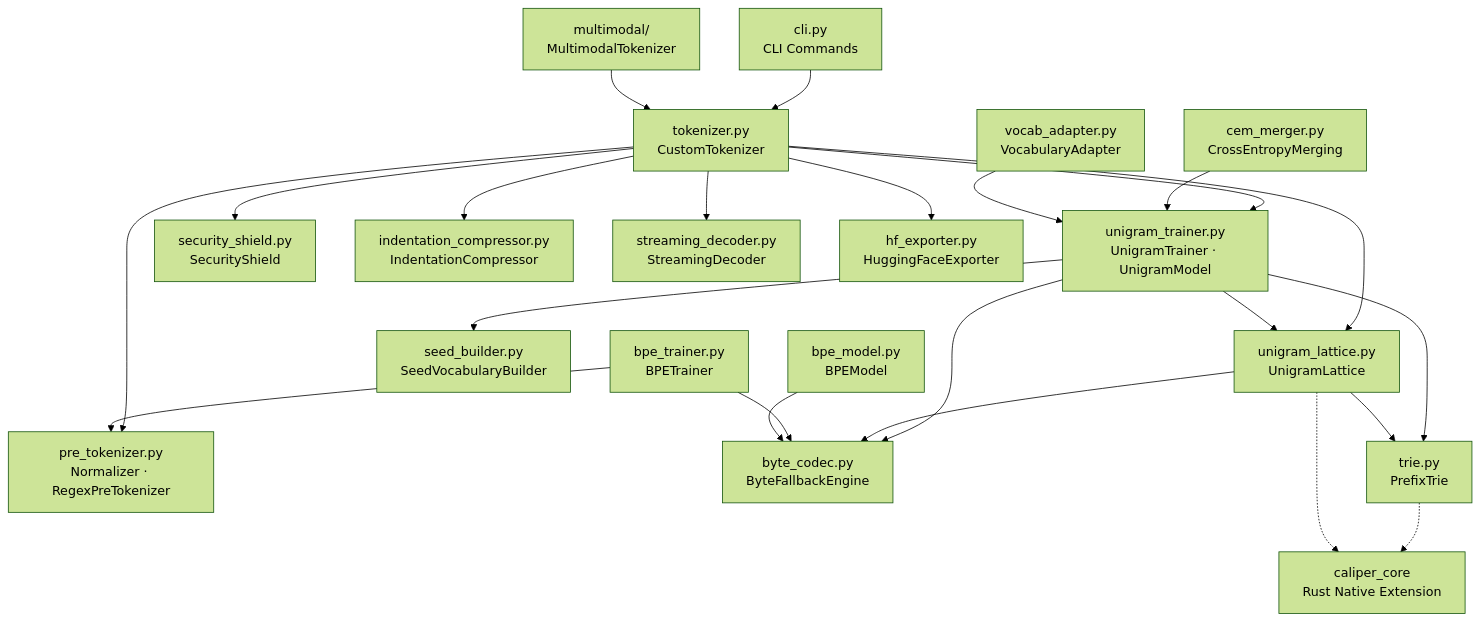
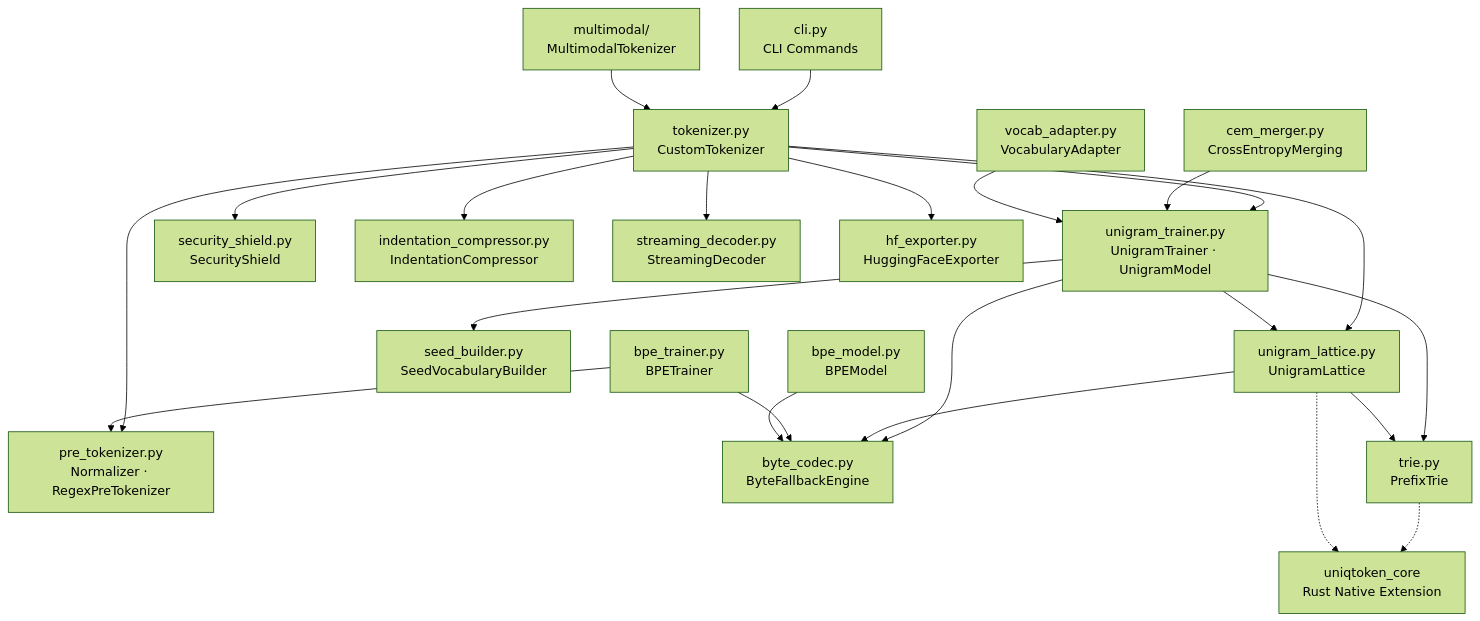
The second of 2 diagrams in README.md (DeshikReddy01/UniqToken), drawn with Mermaid (forest theme) before and after one commit. The commit also changed other lines of this file and 26 other files, not shown here.

Commit message:
feat: rename project, native rust crate, and CLI from Caliper to UniqToken

````diff
--- a/README.md
+++ b/README.md
@@ -386,29 +386,29 @@
 ```mermaid
 graph TD
     CLI["cli.py<br/>CLI Commands"] --> T["tokenizer.py<br/>CustomTokenizer"]
     T --> N["pre_tokenizer.py<br/>Normalizer · RegexPreTokenizer"]
     T --> UL["unigram_lattice.py<br/>UnigramLattice"]
     T --> UT["unigram_trainer.py<br/>UnigramTrainer · UnigramModel"]
     T --> SS["security_shield.py<br/>SecurityShield"]
     T --> IC["indentation_compressor.py<br/>IndentationCompressor"]
     T --> SD["streaming_decoder.py<br/>StreamingDecoder"]
     T --> HF["hf_exporter.py<br/>HuggingFaceExporter"]
 
     UT --> UL
     UT --> SB["seed_builder.py<br/>SeedVocabularyBuilder"]
     UT --> BC["byte_codec.py<br/>ByteFallbackEngine"]
     UT --> TR["trie.py<br/>PrefixTrie"]
     UL --> BC
     UL --> TR
-    TR -.-> RC["caliper_core<br/>Rust Native Extension"]
+    TR -.-> RC["uniqtoken_core<br/>Rust Native Extension"]
     UL -.-> RC
 
     CEM["cem_merger.py<br/>CrossEntropyMerging"] --> UT
     VA["vocab_adapter.py<br/>VocabularyAdapter"] --> UT
 
     BT["bpe_trainer.py<br/>BPETrainer"] --> BC
     BT --> N
     BM["bpe_model.py<br/>BPEModel"] --> BC
 
     MM["multimodal/<br/>MultimodalTokenizer"] --> T
 ```
````
